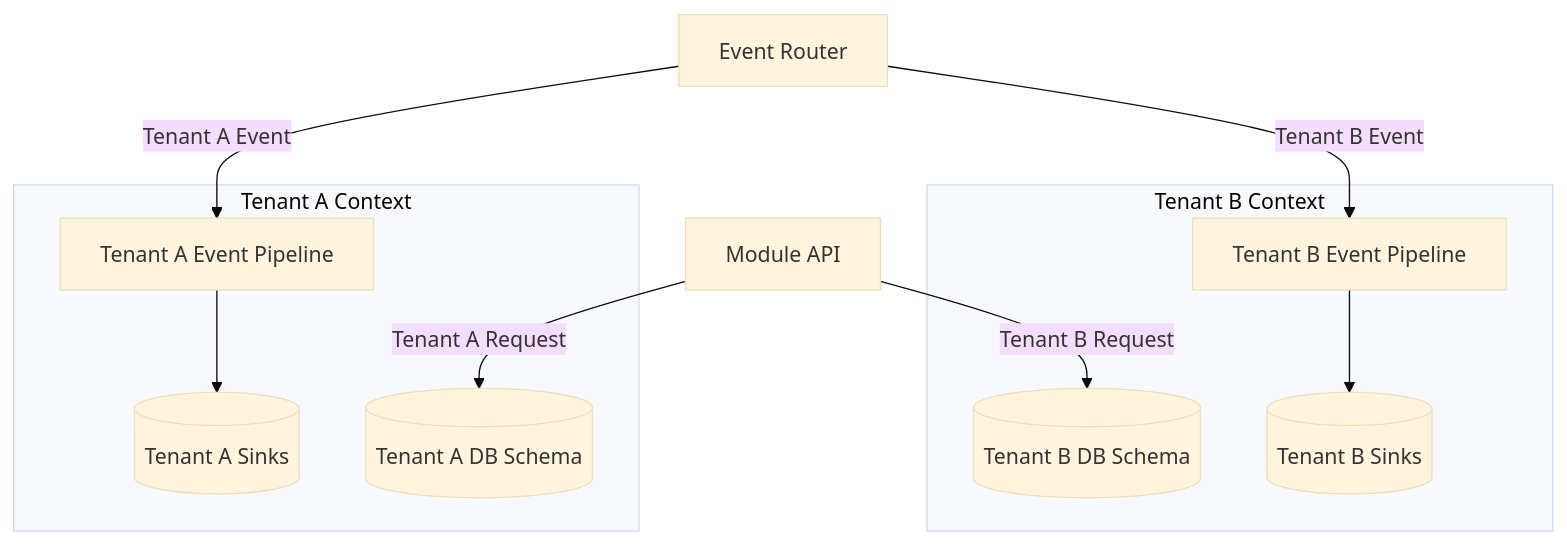
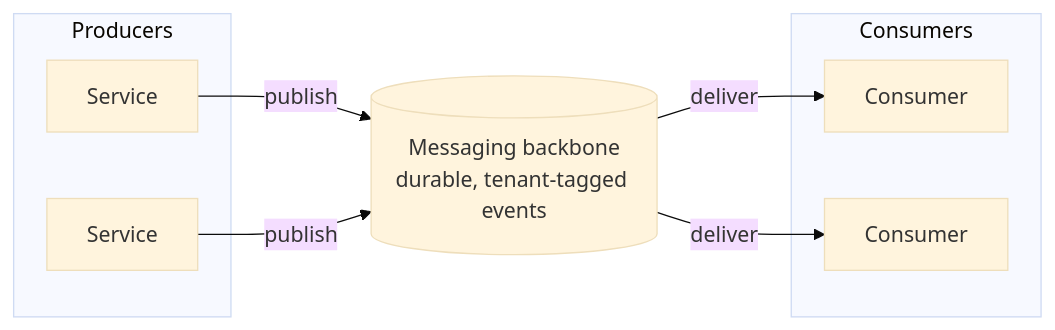
The second of 5 diagrams in introduction/architecture.md (Labs64/labs64.io-docs), drawn with Mermaid (base theme) before and after one commit. The commit also changed other lines of this file and 51 other files, not shown here.

Commit message:
Make the public docs the primary architecture and module reference

````diff
--- a/introduction/architecture.md
+++ b/introduction/architecture.md
@@ -80,22 +99,19 @@
 ```mermaid
-flowchart TB
-    subgraph Tenant A Context
-        DB_A[(Tenant A DB Schema)]
-        PIPE_A[Tenant A Event Pipeline]
-        SINK_A[(Tenant A Sinks)]
-        PIPE_A --> SINK_A
+flowchart LR
+    subgraph Producers
+        P1[Service]
+        P2[Service]
     end
 
-    subgraph Tenant B Context
-        DB_B[(Tenant B DB Schema)]
-        PIPE_B[Tenant B Event Pipeline]
-        SINK_B[(Tenant B Sinks)]
-        PIPE_B --> SINK_B
+    B[("Messaging backbone<br/>durable, tenant-tagged events")]
+
+    subgraph Consumers
+        C1[Consumer]
+        C2[Consumer]
     end
 
-    M[Module API] -->|"Tenant A Request"| DB_A
-    M -->|"Tenant B Request"| DB_B
-    
-    E[Event Router] -->|"Tenant A Event"| PIPE_A
-    E -->|"Tenant B Event"| PIPE_B
+    P1 -->|"publish"| B
+    P2 -->|"publish"| B
+    B -->|"deliver"| C1
+    B -->|"deliver"| C2
 ```
````
